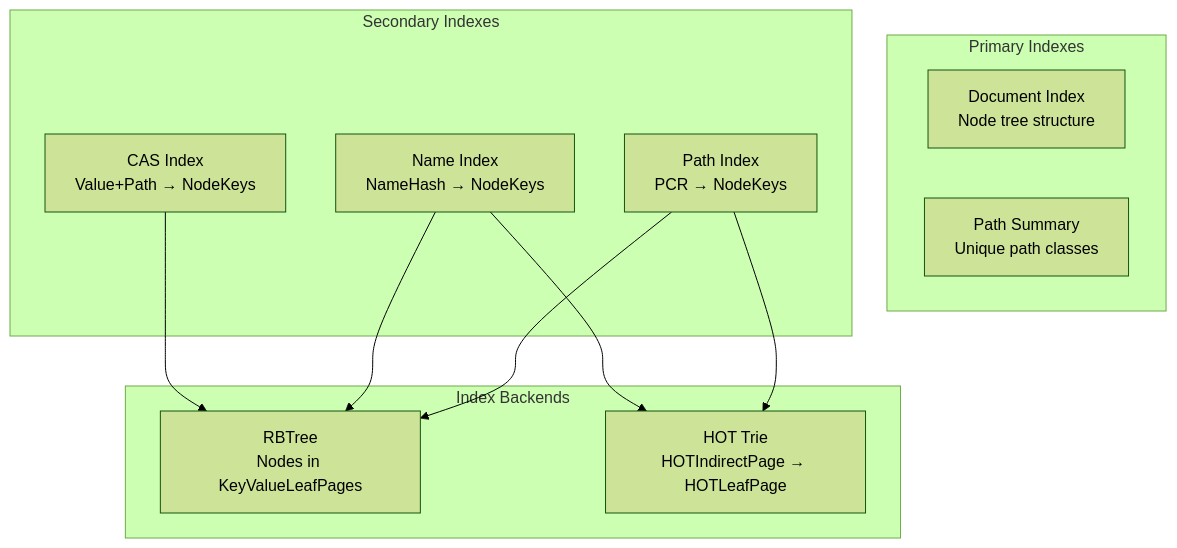
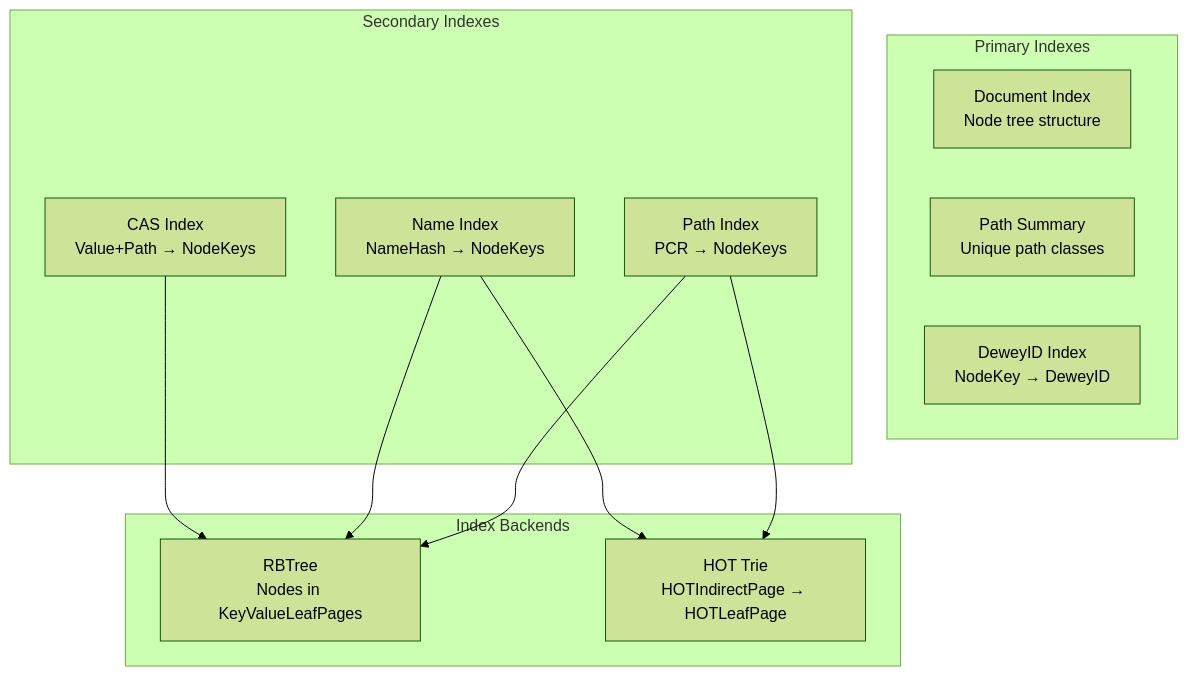
Before and after one commit to sirixdb/sirix: the second of 5 diagrams in docs/ARCHITECTURE.md, drawn with Mermaid (forest theme). The commit also changed other lines of this file, not shown here.

First line of the commit message:
docs: add DeweyIDs and secondary index types to architecture

````diff
--- a/docs/ARCHITECTURE.md
+++ b/docs/ARCHITECTURE.md
@@ -705,24 +705,25 @@
 ```mermaid
 graph TB
     subgraph "Primary Indexes"
         DOC[Document Index<br/>Node tree structure]
         PATH_SUM[Path Summary<br/>Unique path classes]
+        DEWEY[DeweyID Index<br/>NodeKey → DeweyID]
     end
 
     subgraph "Secondary Indexes"
         PATH[Path Index<br/>PCR → NodeKeys]
         NAME[Name Index<br/>NameHash → NodeKeys]
         CAS[CAS Index<br/>Value+Path → NodeKeys]
     end
 
     subgraph "Index Backends"
         RBTREE[RBTree<br/>Nodes in KeyValueLeafPages]
         HOT[HOT Trie<br/>HOTIndirectPage → HOTLeafPage]
     end
 
     PATH --> RBTREE
     PATH --> HOT
     NAME --> RBTREE
     NAME --> HOT
     CAS --> RBTREE
 ```
````
